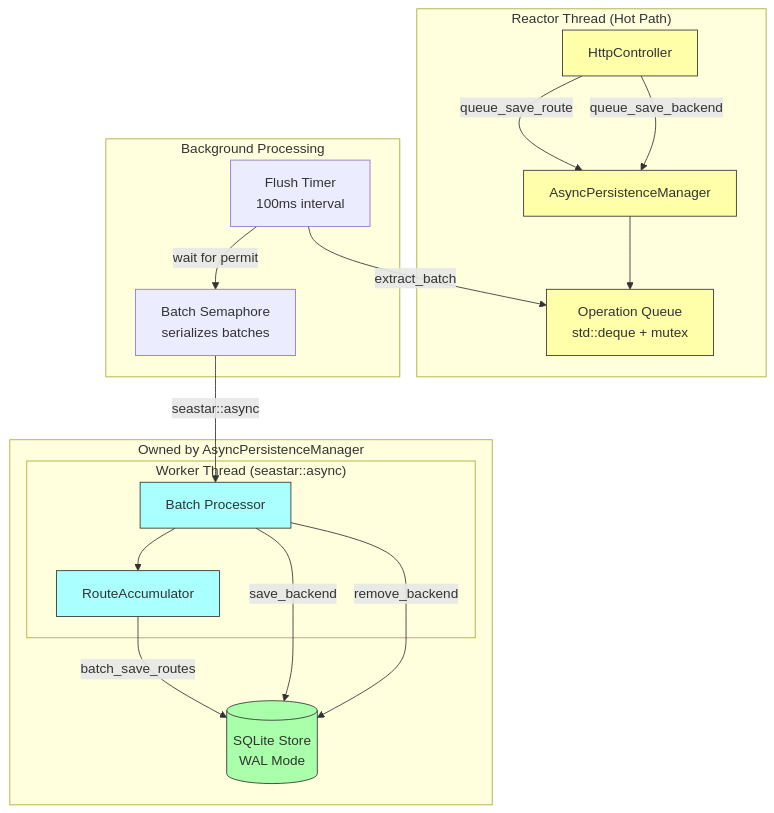
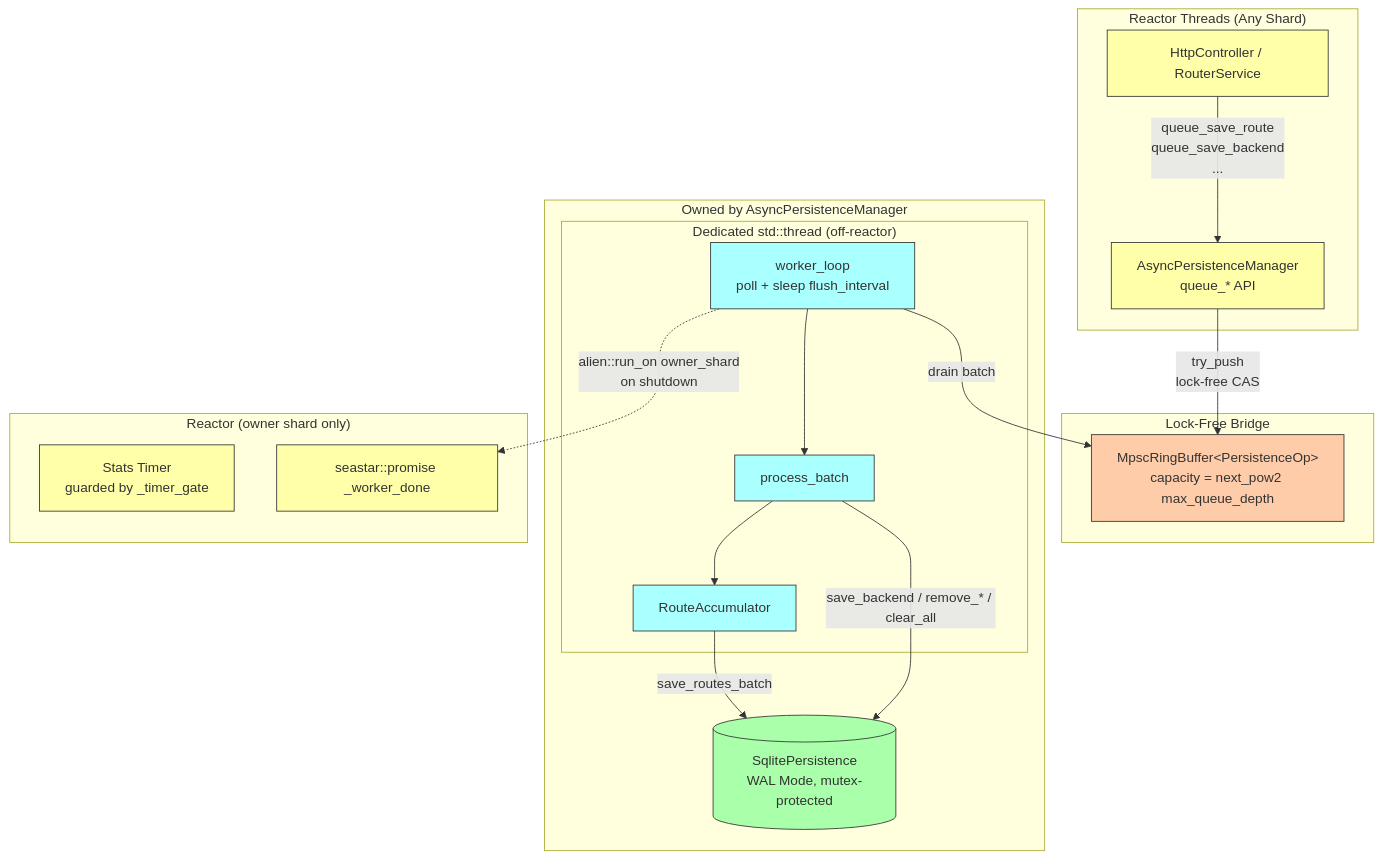
The first of 3 diagrams in docs/internals/async-persistence.md (Ranvier-Systems/ranvier-core), drawn with Mermaid before and after one commit. The commit also changed other lines of this file, not shown here.

First line of the commit message:
docs(async-persistence): rewrite to match current implementation

````diff
--- a/docs/internals/async-persistence.md
+++ b/docs/internals/async-persistence.md
@@ -19,39 +19,43 @@
 ```mermaid
 flowchart TB
-    subgraph "Reactor Thread (Hot Path)"
-        HTTP[HttpController]
-        APM[AsyncPersistenceManager]
-        Q[Operation Queue<br/>std::deque + mutex]
+    subgraph "Reactor Threads (Any Shard)"
+        HTTP[HttpController / RouterService]
+        APM[AsyncPersistenceManager<br/>queue_* API]
     end
 
-    subgraph "Background Processing"
-        T[Flush Timer<br/>100ms interval]
-        S[Batch Semaphore<br/>serializes batches]
+    subgraph "Lock-Free Bridge"
+        Ring[MpscRingBuffer&lt;PersistenceOp&gt;<br/>capacity = next_pow2 max_queue_depth]
     end
 
     subgraph "Owned by AsyncPersistenceManager"
-        subgraph "Worker Thread (seastar::async)"
-            B[Batch Processor]
+        subgraph "Dedicated std::thread (off-reactor)"
+            W[worker_loop<br/>poll + sleep flush_interval]
+            P[process_batch]
             RA[RouteAccumulator]
         end
-        SQL[(SQLite Store<br/>WAL Mode)]
+        SQL[(SqlitePersistence<br/>WAL Mode, mutex-protected)]
     end
 
-    HTTP -->|queue_save_route| APM
-    HTTP -->|queue_save_backend| APM
-    APM --> Q
-    T -->|extract_batch| Q
-    T -->|wait for permit| S
-    S -->|seastar::async| B
-    B --> RA
-    RA -->|batch_save_routes| SQL
-    B -->|save_backend| SQL
-    B -->|remove_backend| SQL
+    subgraph "Reactor (owner shard only)"
+        ST[Stats Timer<br/>guarded by _timer_gate]
+        Done[seastar::promise _worker_done]
+    end
+
+    HTTP -->|queue_save_route<br/>queue_save_backend<br/>...| APM
+    APM -->|try_push<br/>lock-free CAS| Ring
+    W -->|drain batch| Ring
+    W --> P
+    P --> RA
+    RA -->|save_routes_batch| SQL
+    P -->|save_backend / remove_* / clear_all| SQL
+    W -.->|alien::run_on owner_shard<br/>on shutdown| Done
 
     classDef hot fill:#ffa,stroke:#333
-    classDef async fill:#aff,stroke:#333
+    classDef bridge fill:#fca,stroke:#333
+    classDef worker fill:#aff,stroke:#333
     classDef owned fill:#afa,stroke:#333
-    class HTTP,APM,Q hot
-    class B,RA async
+    class HTTP,APM,ST,Done hot
+    class Ring bridge
+    class W,P,RA worker
     class SQL owned
 ```
````
